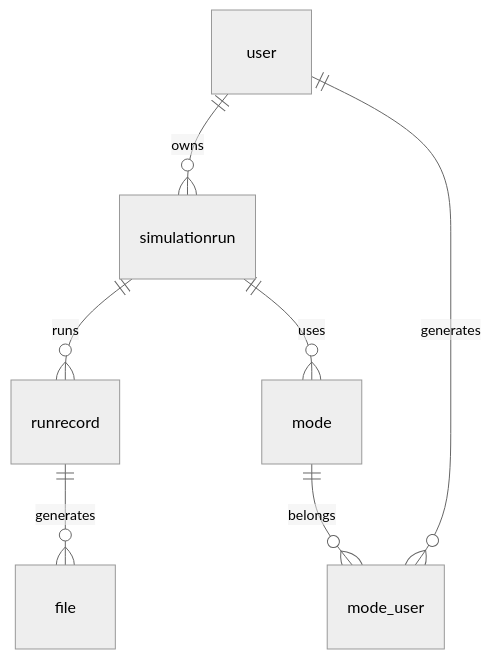
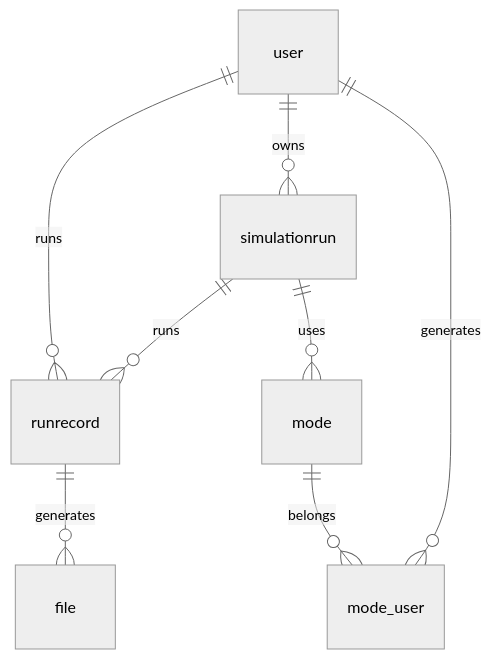
The third of 3 diagrams in CONTRIBUTE.md (lt-shy-john/simulator-project), drawn with Mermaid (neutral theme) before and after one commit. The commit also changed 3 other files, not shown here.

Commit message:
Now the simulation runs are related to user

````diff
--- a/CONTRIBUTE.md
+++ b/CONTRIBUTE.md
@@ -177,9 +177,10 @@
 ```mermaid
 erDiagram
     simulationrun ||--o{ runrecord : runs
     runrecord ||--o{ file : generates
     simulationrun ||--o{ mode : uses
+    user ||--o{ runrecord : runs
     user ||--o{ simulationrun : owns
     mode ||--o{ mode_user : belongs
     user ||--o{ mode_user : generates
 ```
````
